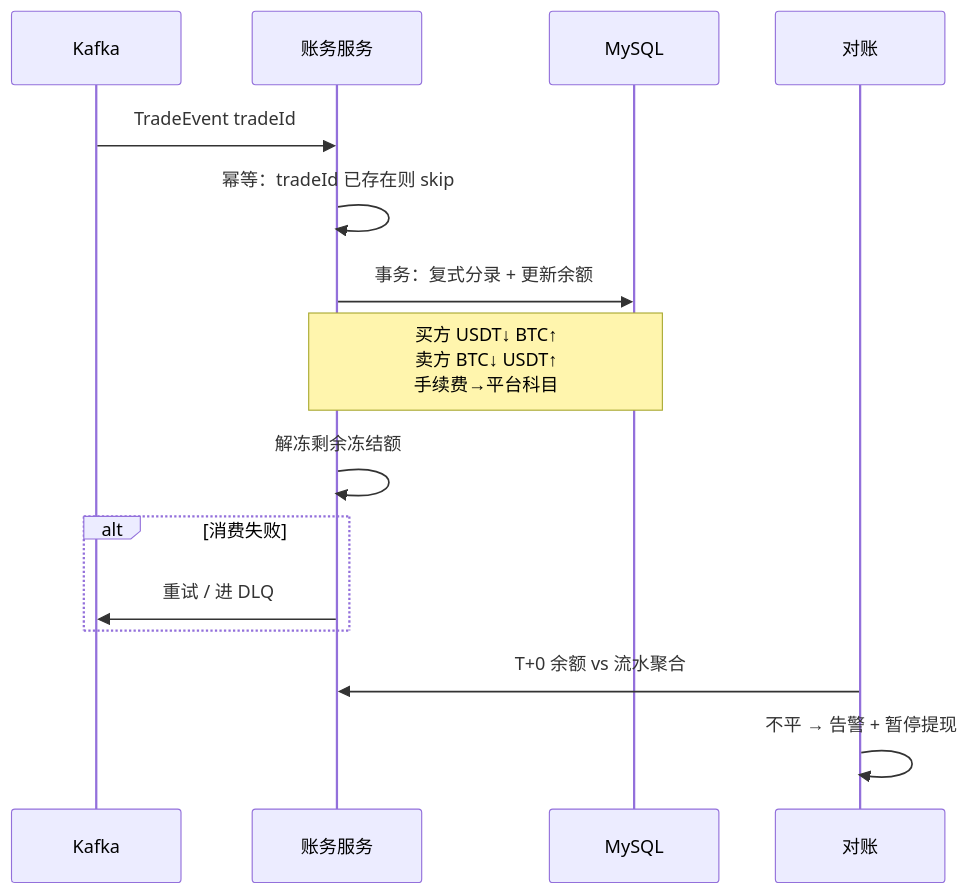
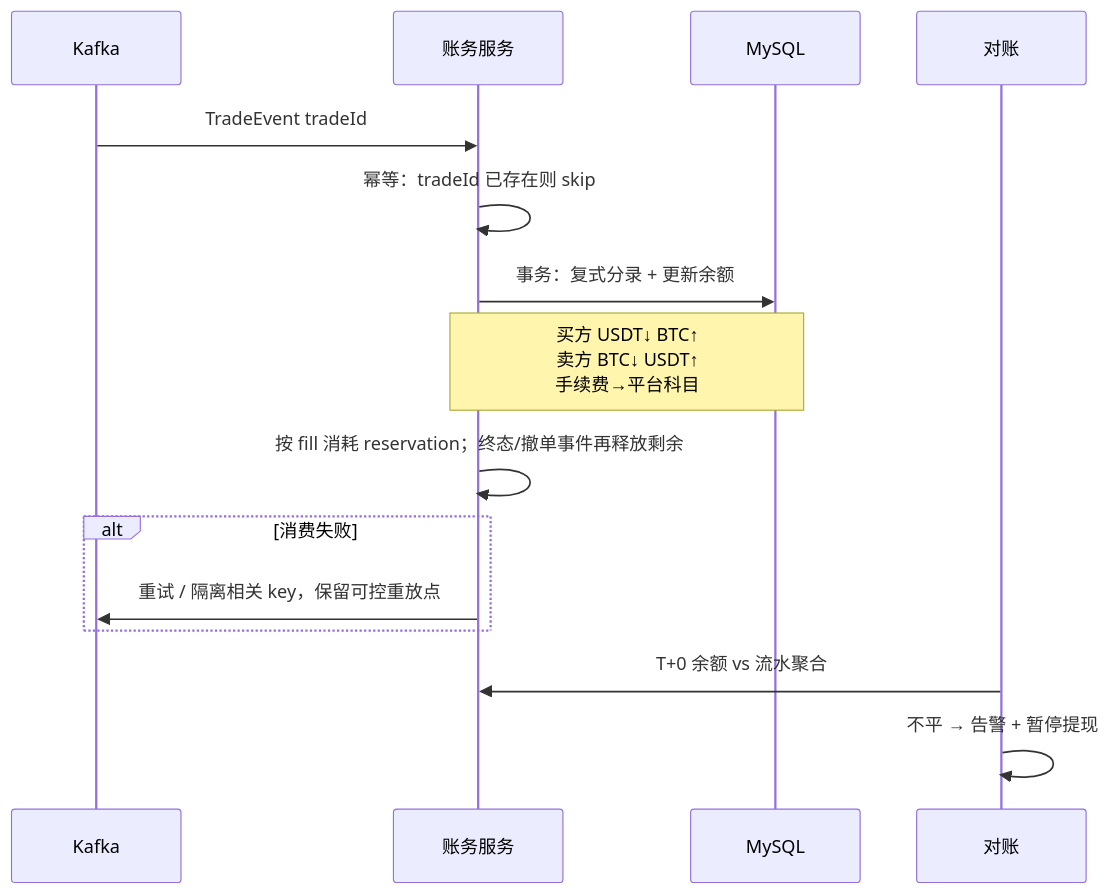
The third of 6 diagrams in docs/interview/14-dex-cex-engineering/S-EXCH-13-cex-end-to-end-architecture.md (twodog-tt/Golang-development-manual), drawn with Mermaid before and after one commit. The commit also changed other lines of this file and 438 other files, not shown here.

````diff
--- a/docs/interview/14-dex-cex-engineering/S-EXCH-13-cex-end-to-end-architecture.md
+++ b/docs/interview/14-dex-cex-engineering/S-EXCH-13-cex-end-to-end-architecture.md
@@ -171,18 +179,18 @@
 ```mermaid
 sequenceDiagram
   participant MQ as Kafka
   participant Ledger as 账务服务
   participant DB as MySQL
   participant Recon as 对账
 
   MQ->>Ledger: TradeEvent tradeId
   Ledger->>Ledger: 幂等：tradeId 已存在则 skip
   Ledger->>DB: 事务：复式分录 + 更新余额
   Note over Ledger,DB: 买方 USDT↓ BTC↑<br/>卖方 BTC↓ USDT↑<br/>手续费→平台科目
-  Ledger->>Ledger: 解冻剩余冻结额
+  Ledger->>Ledger: 按 fill 消耗 reservation；终态/撤单事件再释放剩余
   alt 消费失败
-    Ledger->>MQ: 重试 / 进 DLQ
+    Ledger->>MQ: 重试 / 隔离相关 key，保留可控重放点
   end
   Recon->>Ledger: T+0 余额 vs 流水聚合
   Recon->>Recon: 不平 → 告警 + 暂停提现
 ```
````
